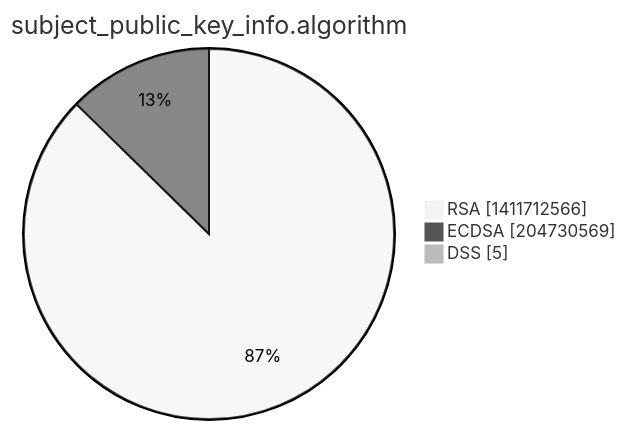
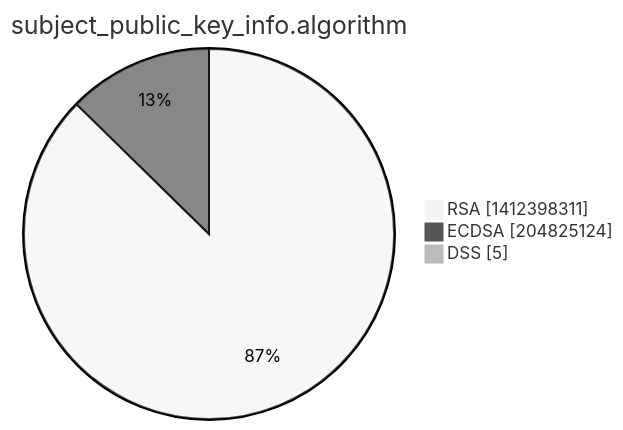
Before and after one commit to christiankrug/ctmonitor_visualization: the third of 15 diagrams in xenon2022/README.md, drawn with Mermaid (neutral theme). The commit also changed other lines of this file, not shown here.

````diff
--- a/xenon2022/README.md
+++ b/xenon2022/README.md
@@ -14,7 +14,7 @@
 ```mermaid
 pie showData
 title subject_public_key_info.algorithm
-"RSA" :1411712566
-"ECDSA" :204730569
+"RSA" :1412398311
+"ECDSA" :204825124
 "DSS" :5
 ```
````
